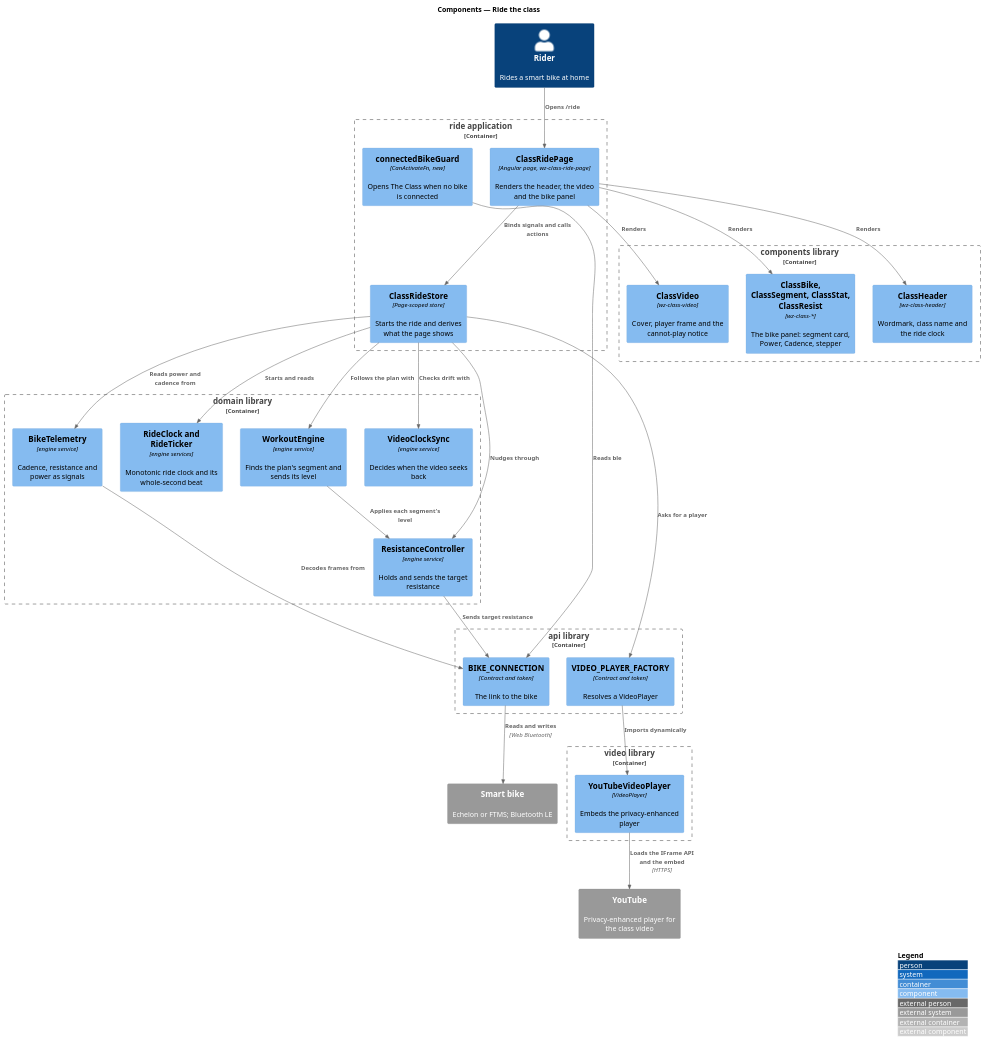
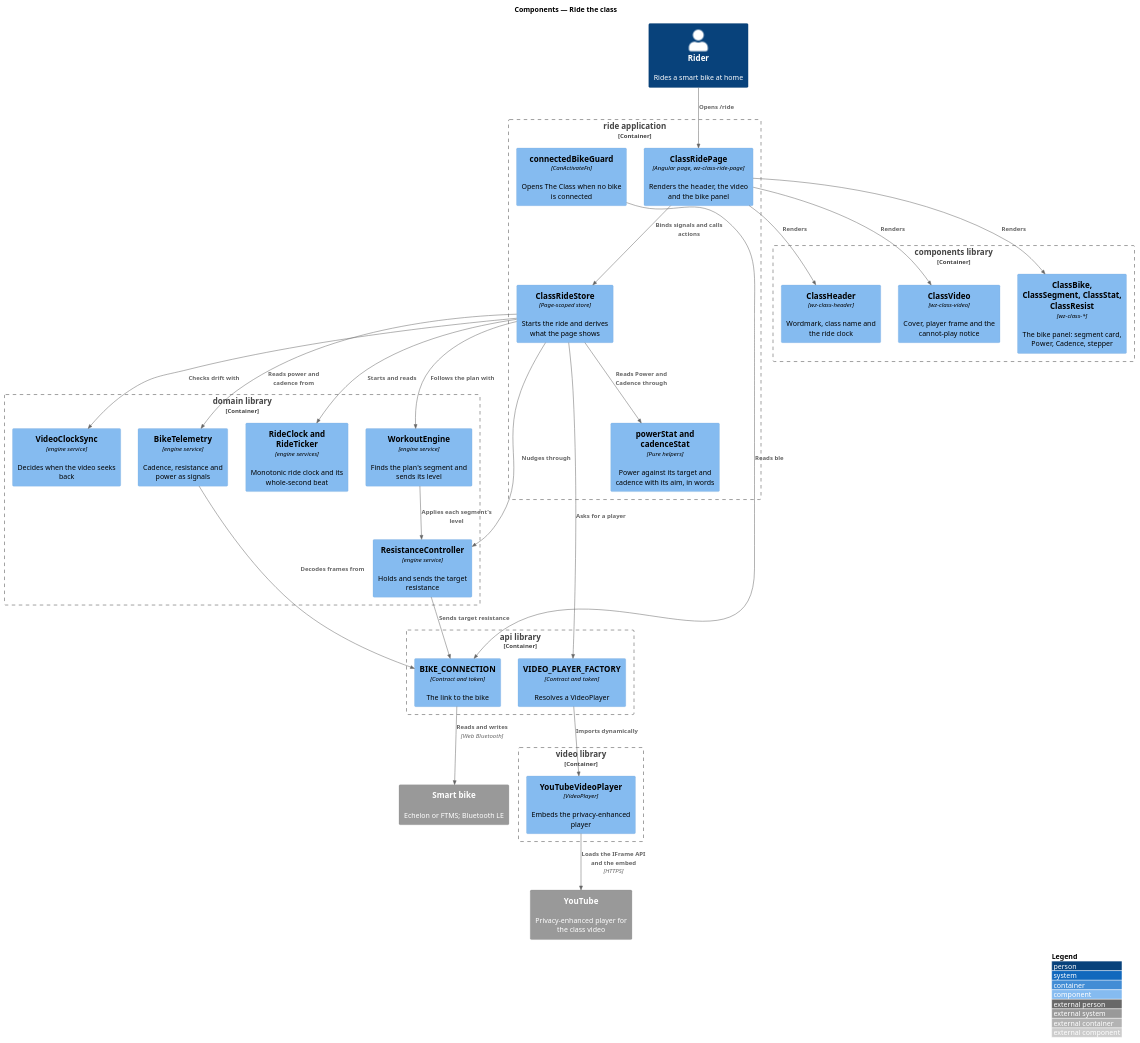
Before and after one commit to QuinntyneBrown/ride-one: the diagram in docs/detailed-designs/class-ride/ride-the-class/diagrams/c4-component.puml, drawn with PlantUML. The commit also changed 91 other files, not shown here.

```diff
--- a/docs/detailed-designs/class-ride/ride-the-class/diagrams/c4-component.puml
+++ b/docs/detailed-designs/class-ride/ride-the-class/diagrams/c4-component.puml
@@ -1,53 +1,55 @@
 @startuml
 !include <C4/C4_Component>
 LAYOUT_WITH_LEGEND()
 title Components — Ride the class
 
 Person(rider, "Rider", "Rides a smart bike at home")
 System_Ext(bike, "Smart bike", "Echelon or FTMS; Bluetooth LE")
 System_Ext(youtube, "YouTube", "Privacy-enhanced player for the class video")
 
 Container_Boundary(ride, "ride application") {
-  Component(guard, "connectedBikeGuard", "CanActivateFn, new", "Opens The Class when no bike is connected")
+  Component(guard, "connectedBikeGuard", "CanActivateFn", "Opens The Class when no bike is connected")
   Component(page, "ClassRidePage", "Angular page, wz-class-ride-page", "Renders the header, the video and the bike panel")
   Component(store, "ClassRideStore", "Page-scoped store", "Starts the ride and derives what the page shows")
+  Component(stat, "powerStat and cadenceStat", "Pure helpers", "Power against its target and cadence with its aim, in words")
 }
 Container_Boundary(components, "components library") {
   Component(header, "ClassHeader", "wz-class-header", "Wordmark, class name and the ride clock")
   Component(cvideo, "ClassVideo", "wz-class-video", "Cover, player frame and the cannot-play notice")
   Component(panel, "ClassBike, ClassSegment, ClassStat, ClassResist", "wz-class-*", "The bike panel: segment card, Power, Cadence, stepper")
 }
 Container_Boundary(domain, "domain library") {
   Component(clock, "RideClock and RideTicker", "engine services", "Monotonic ride clock and its whole-second beat")
   Component(engine, "WorkoutEngine", "engine service", "Finds the plan's segment and sends its level")
   Component(sync, "VideoClockSync", "engine service", "Decides when the video seeks back")
   Component(telemetry, "BikeTelemetry", "engine service", "Cadence, resistance and power as signals")
   Component(resist, "ResistanceController", "engine service", "Holds and sends the target resistance")
 }
 Container_Boundary(api, "api library") {
   Component(conn, "BIKE_CONNECTION", "Contract and token", "The link to the bike")
   Component(vp, "VIDEO_PLAYER_FACTORY", "Contract and token", "Resolves a VideoPlayer")
 }
 Container_Boundary(video, "video library") {
   Component(yt, "YouTubeVideoPlayer", "VideoPlayer", "Embeds the privacy-enhanced player")
 }
 
 Rel(rider, page, "Opens /ride")
 Rel(guard, conn, "Reads ble")
 Rel(page, store, "Binds signals and calls actions")
 Rel(page, header, "Renders")
 Rel(page, cvideo, "Renders")
 Rel(page, panel, "Renders")
+Rel(store, stat, "Reads Power and Cadence through")
 Rel(store, clock, "Starts and reads")
 Rel(store, engine, "Follows the plan with")
 Rel(store, sync, "Checks drift with")
 Rel(store, telemetry, "Reads power and cadence from")
 Rel(store, resist, "Nudges through")
 Rel(store, vp, "Asks for a player")
 Rel(vp, yt, "Imports dynamically")
 Rel(engine, resist, "Applies each segment's level")
 Rel(resist, conn, "Sends target resistance")
 Rel(telemetry, conn, "Decodes frames from")
 Rel(conn, bike, "Reads and writes", "Web Bluetooth")
 Rel(yt, youtube, "Loads the IFrame API and the embed", "HTTPS")
 @enduml
```
